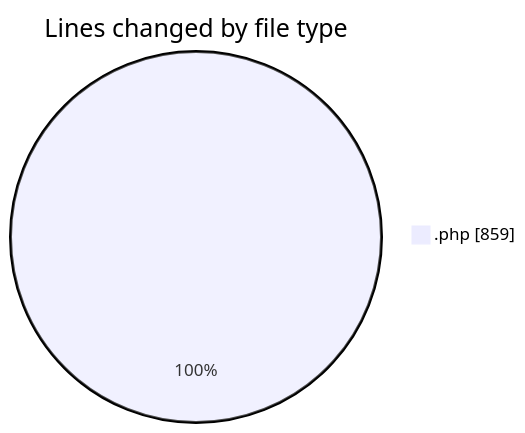
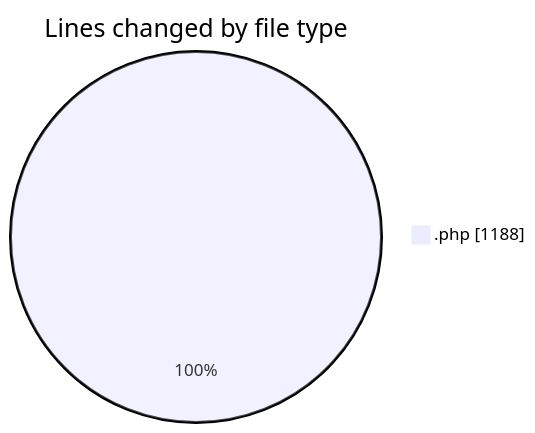
The first of 2 diagrams in 2025-06-23/studio-backend/README.md (idhammustaqopulfikri/code-tracking), drawn with Mermaid before and after one commit. The commit also changed other lines of this file and 1 other file, not shown here.

````diff
--- a/2025-06-23/studio-backend/README.md
+++ b/2025-06-23/studio-backend/README.md
@@ -21,5 +21,5 @@
 ```mermaid
 pie showData
 title Lines changed by file type
-".php" : 859
+".php" : 1188
 ```
````
